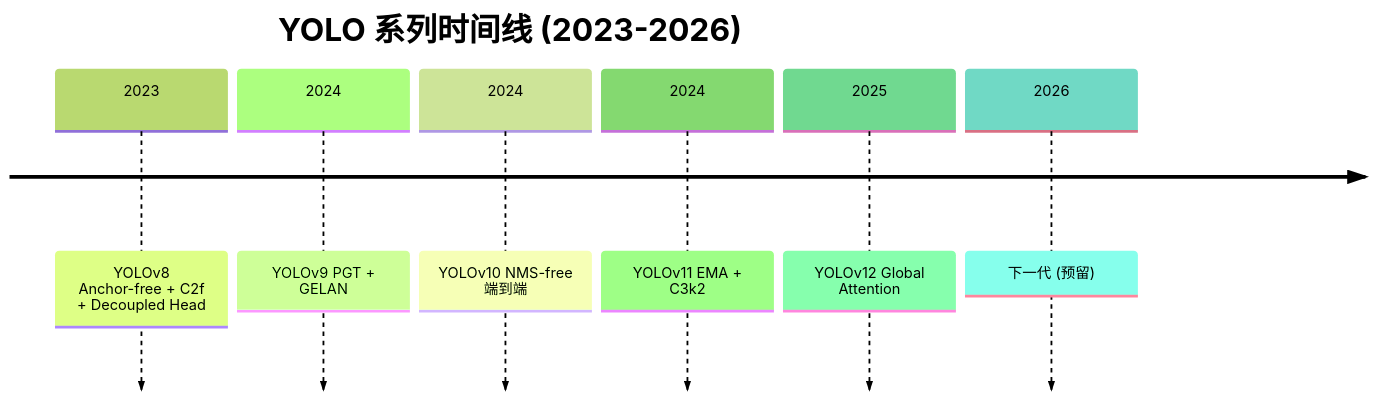
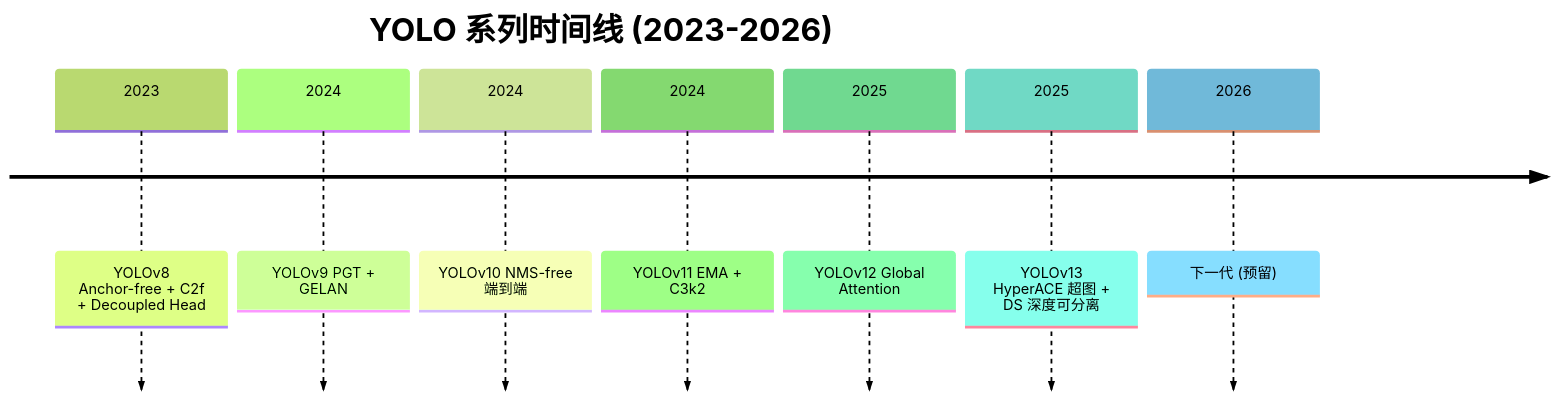
One commit to yejinlei/agent-yolo changed the third of 3 diagrams in docs/global/timeline.md. Above: the diagram before and after it, drawn with Mermaid (forest theme). The commit also changed other lines of this file and 341 other files, not shown here.

````diff
--- a/docs/global/timeline.md
+++ b/docs/global/timeline.md
@@ -28,10 +28,11 @@
 ```mermaid
 timeline
   title YOLO 系列时间线 (2023-2026)
   2023 : YOLOv8 Anchor-free + C2f + Decoupled Head
   2024 : YOLOv9 PGT + GELAN
   2024 : YOLOv10 NMS-free 端到端
   2024 : YOLOv11 EMA + C3k2
   2025 : YOLOv12 Global Attention
+  2025 : YOLOv13 HyperACE 超图 + DS 深度可分离
   2026 : 下一代 (预留)
 ```
````
